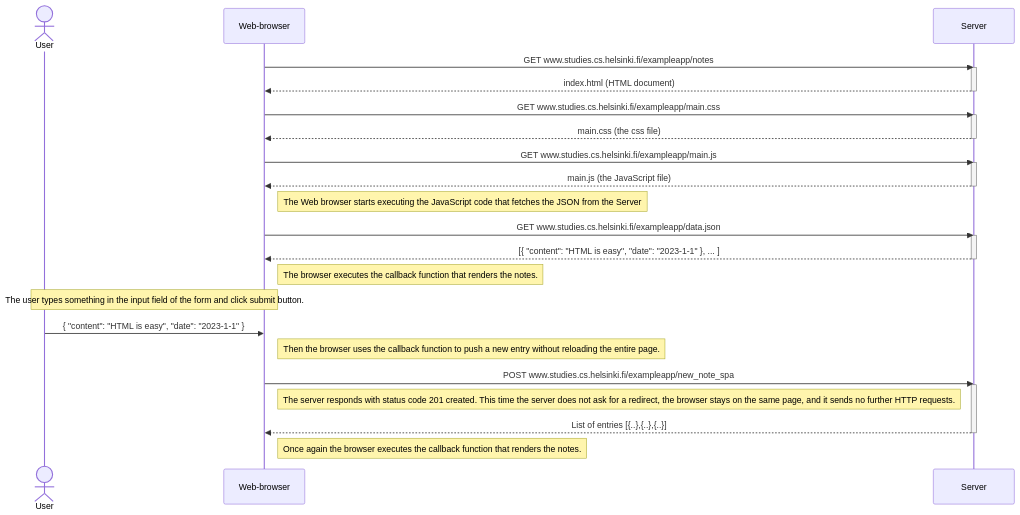
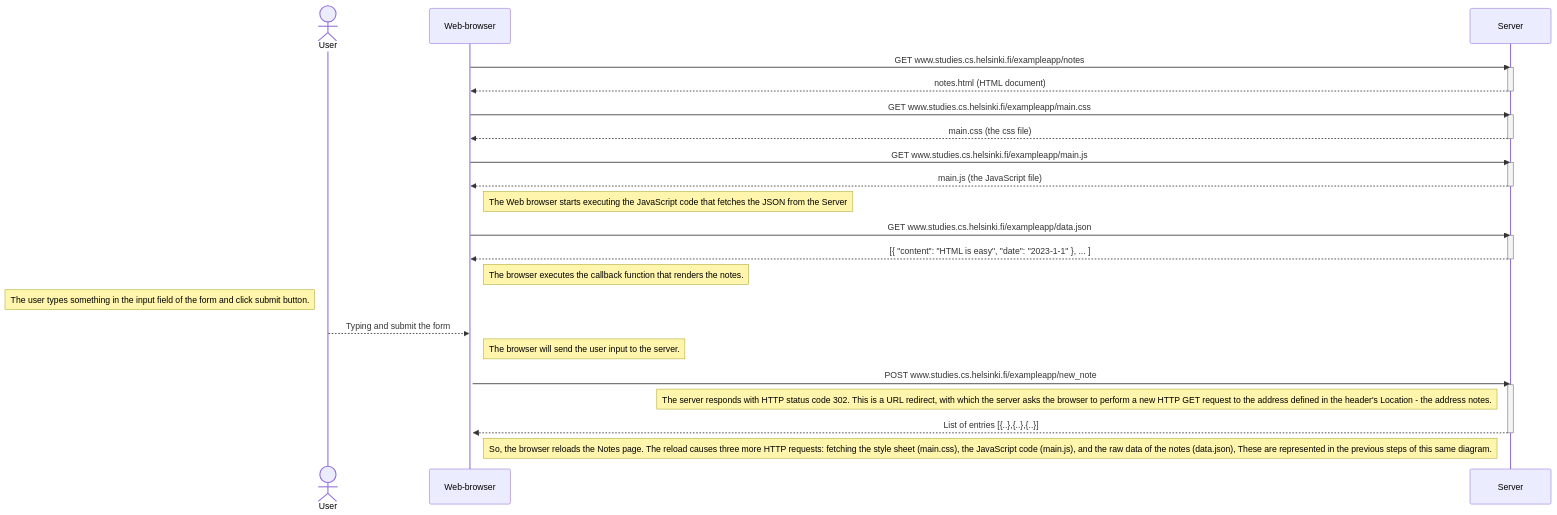
Before and after one commit to lonchanick/fullstackopen: the diagram in Part0/0.4.MD, drawn with Mermaid.

````diff
--- a/Part0/0.4.MD
+++ b/Part0/0.4.MD
@@ -1,45 +1,46 @@
 ```mermaid
 sequenceDiagram
 actor User
 participant Web-browser
 participant Server
 
 Web-browser->>Server: GET www.studies.cs.helsinki.fi/exampleapp/notes
 activate Server
-Server-->>Web-browser: index.html (HTML document)
+Server-->>Web-browser: notes.html (HTML document)
 deactivate Server
 
 Web-browser->>Server: GET www.studies.cs.helsinki.fi/exampleapp/main.css
 activate Server
 Server-->>Web-browser: main.css (the css file)
 deactivate Server
 
 Web-browser->>Server: GET www.studies.cs.helsinki.fi/exampleapp/main.js
 activate Server
 Server-->>Web-browser: main.js (the JavaScript file)
 deactivate Server
 
 Note right of Web-browser: The Web browser starts executing the JavaScript code that fetches the JSON from the Server
 
 Web-browser->>Server: GET www.studies.cs.helsinki.fi/exampleapp/data.json
 activate Server
 Server-->>Web-browser: [{ "content": "HTML is easy", "date": "2023-1-1" }, ... ]
 deactivate Server
 
 Note right of Web-browser: The browser executes the callback function that renders the notes.
 
-Note over User,Web-browser: The user types something in the input  field of the form and click submit button.
-User->>Web-browser:  { "content": "HTML is easy", "date": "2023-1-1" }
+Note left of User: The user types something in the input  field of the form and click submit button. 
+User-->>Web-browser:  Typing and submit the form
+activate Web-browser
 
-Note right of Web-browser: Then the browser uses the callback function to push a new entry without reloading the entire page.
+Note right of Web-browser: The browser will send the user input to the server.
 
-Web-browser->>Server: POST www.studies.cs.helsinki.fi/exampleapp/new_note_spa 
+Web-browser->>Server: POST www.studies.cs.helsinki.fi/exampleapp/new_note
 activate Server
 
-Note right of Web-browser: The server responds with status code 201 created. This time the server does not ask for a redirect, the browser stays on the same page, and it sends no further HTTP requests.
+Note left of Server: The server responds with HTTP status code 302. This is a URL redirect, with which the server asks the browser to perform a new HTTP GET request to the address defined in the header's Location - the address notes.
 
 Server-->>Web-browser: List of entries [{..},{..},{..}]
 deactivate Server
 
-Note right of Web-browser: Once again the browser executes the callback function that renders the notes.
+Note right of Web-browser: So, the browser reloads the Notes page. The reload causes three more HTTP requests: fetching the style sheet (main.css), the JavaScript code (main.js), and the raw data of the notes (data.json), These are represented in the previous steps of this same diagram.
 ```
````
